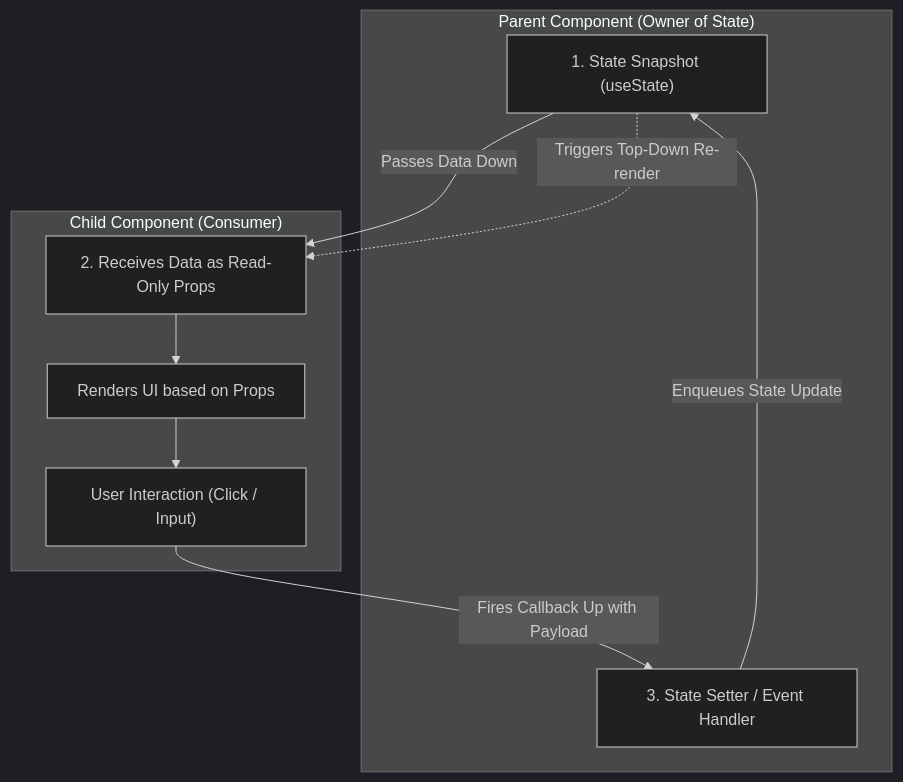
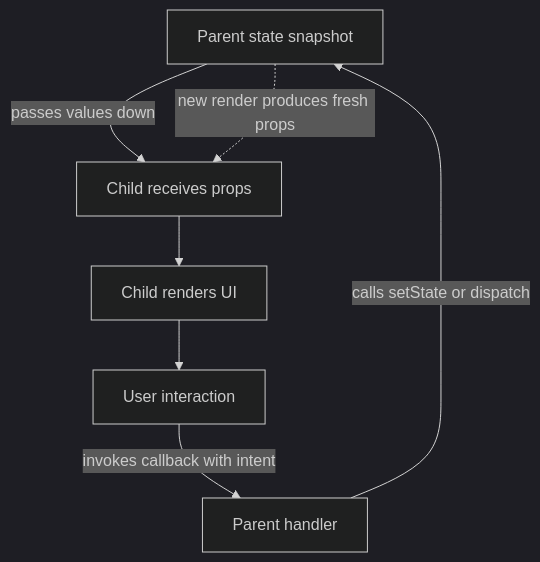
The diagram in src/react/concepts/one-way-data-flow.md (ranjeet-h/frontend-interview-preparation), drawn with Mermaid (dark theme) before and after one commit. The commit also changed other lines of this file, not shown here.

Commit message:
docs: flatten one-way data flow note

````diff
--- a/src/react/concepts/one-way-data-flow.md
+++ b/src/react/concepts/one-way-data-flow.md
@@ -54,20 +23,9 @@
 ```mermaid
 flowchart TD
-    subgraph Parent["Parent Component (Owner of State)"]
-        State["1. State Snapshot (useState)"]
-        Handler["3. State Setter / Event Handler"]
-    end
-
-    subgraph Child["Child Component (Consumer)"]
-        Props["2. Receives Data as Read-Only Props"]
-        UI["Renders UI based on Props"]
-        Action["User Interaction (Click / Input)"]
-    end
-
-    State -->|"Passes Data Down"| Props
-    Props --> UI
-    UI --> Action
-    Action -->|"Fires Callback Up with Payload"| Handler
-    Handler -->|"Enqueues State Update"| State
-    State -.->|"Triggers Top-Down Re-render"| Props
+    State["Parent state snapshot"] -->|"passes values down"| Child["Child receives props"]
+    Child --> UI["Child renders UI"]
+    UI --> Event["User interaction"]
+    Event -->|"invokes callback with intent"| Owner["Parent handler"]
+    Owner -->|"calls setState or dispatch"| State
+    State -.->|"new render produces fresh props"| Child
 ```
````
